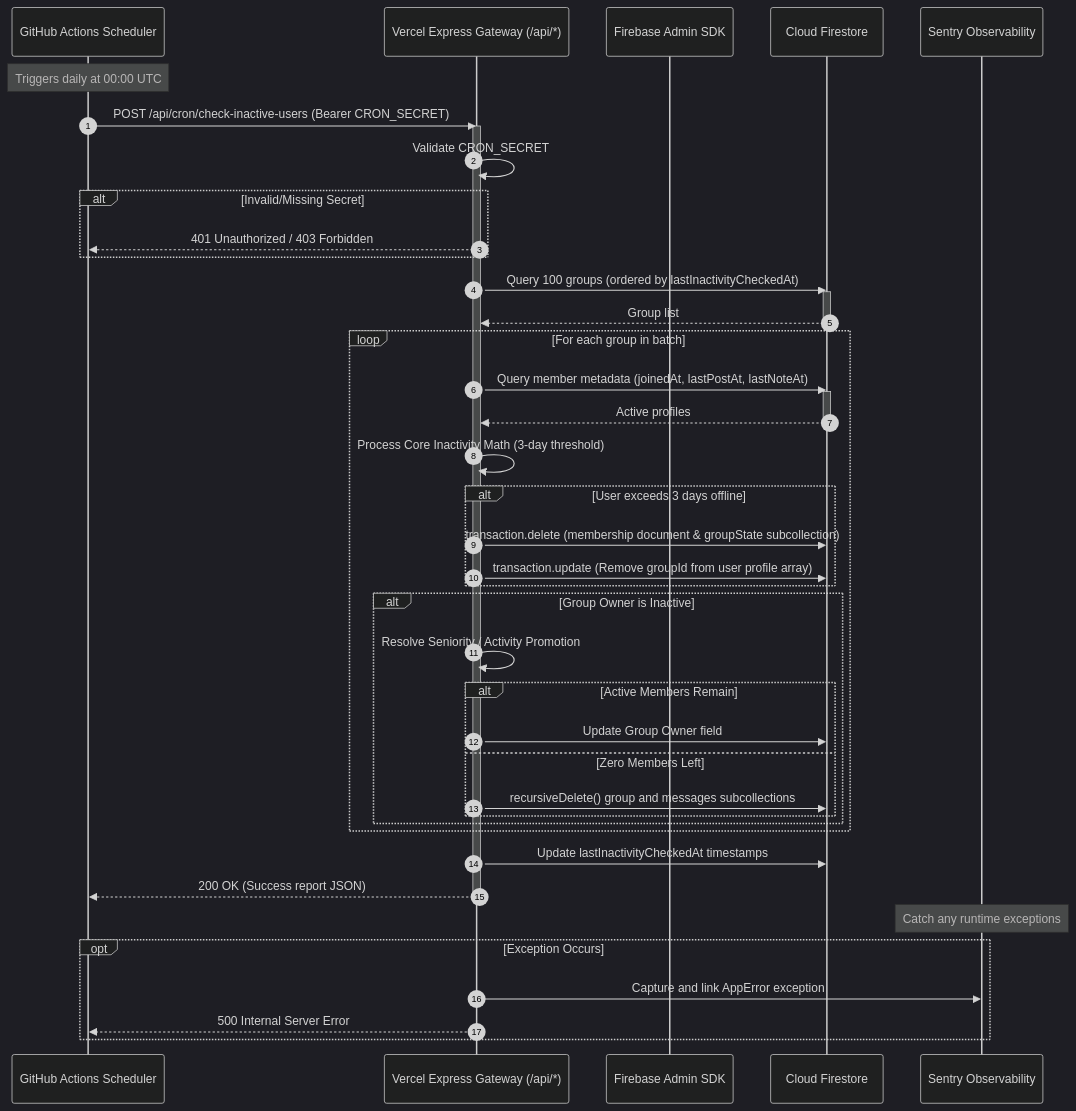
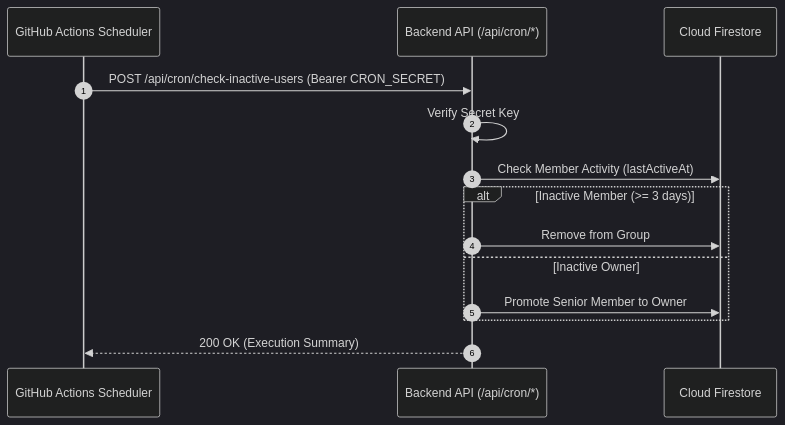
The diagram in docs/cicd-maintenance-automation.md (ScriptureHabit/scripture-habit), drawn with Mermaid (dark theme) before and after one commit. The commit also changed other lines of this file and 15 other files, not shown here.

````diff
--- a/docs/cicd-maintenance-automation.md
+++ b/docs/cicd-maintenance-automation.md
@@ -56,56 +32,17 @@
 ```mermaid
 sequenceDiagram
     autonumber
     participant GitHub as GitHub Actions Scheduler
-    participant Gateway as Vercel Express Gateway (/api/*)
-    participant Auth as Firebase Admin SDK
+    participant API as Backend API (/api/cron/*)
     participant DB as Cloud Firestore
-    participant Sentry as Sentry Observability
 
-    Note over GitHub: Triggers daily at 00:00 UTC
-    GitHub->>Gateway: POST /api/cron/check-inactive-users (Bearer CRON_SECRET)
-    
-    activate Gateway
-    Gateway->>Gateway: Validate CRON_SECRET
-    alt Invalid/Missing Secret
-        Gateway-->>GitHub: 401 Unauthorized / 403 Forbidden
+    GitHub->>API: POST /api/cron/check-inactive-users (Bearer CRON_SECRET)
+    API->>API: Verify Secret Key
+    API->>DB: Check Member Activity (lastActiveAt)
+    alt Inactive Member (>= 3 days)
+        API->>DB: Remove from Group
+    else Inactive Owner
+        API->>DB: Promote Senior Member to Owner
     end
-    
-    Gateway->>DB: Query 100 groups (ordered by lastInactivityCheckedAt)
-    activate DB
-    DB-->>Gateway: Group list
-    deactivate DB
-    
-    loop For each group in batch
-        Gateway->>DB: Query member metadata (joinedAt, lastPostAt, lastNoteAt)
-        activate DB
-        DB-->>Gateway: Active profiles
-        deactivate DB
-        
-        Gateway->>Gateway: Process Core Inactivity Math (3-day threshold)
-        
-        alt User exceeds 3 days offline
-            Gateway->>DB: transaction.delete (membership document & groupState subcollection)
-            Gateway->>DB: transaction.update (Remove groupId from user profile array)
-        end
-        
-        alt Group Owner is Inactive
-            Gateway->>Gateway: Resolve Seniority / Activity Promotion
-            alt Active Members Remain
-                Gateway->>DB: Update Group Owner field
-            else Zero Members Left
-                Gateway->>DB: recursiveDelete() group and messages subcollections
-            end
-        end
-    end
-    
-    Gateway->>DB: Update lastInactivityCheckedAt timestamps
-    Gateway-->>GitHub: 200 OK (Success report JSON)
-    deactivate Gateway
-    
-    Note over Sentry: Catch any runtime exceptions
-    opt Exception Occurs
-        Gateway->>Sentry: Capture and link AppError exception
-        Gateway-->>GitHub: 500 Internal Server Error
-    end
+    API-->>GitHub: 200 OK (Execution Summary)
 ```
````
